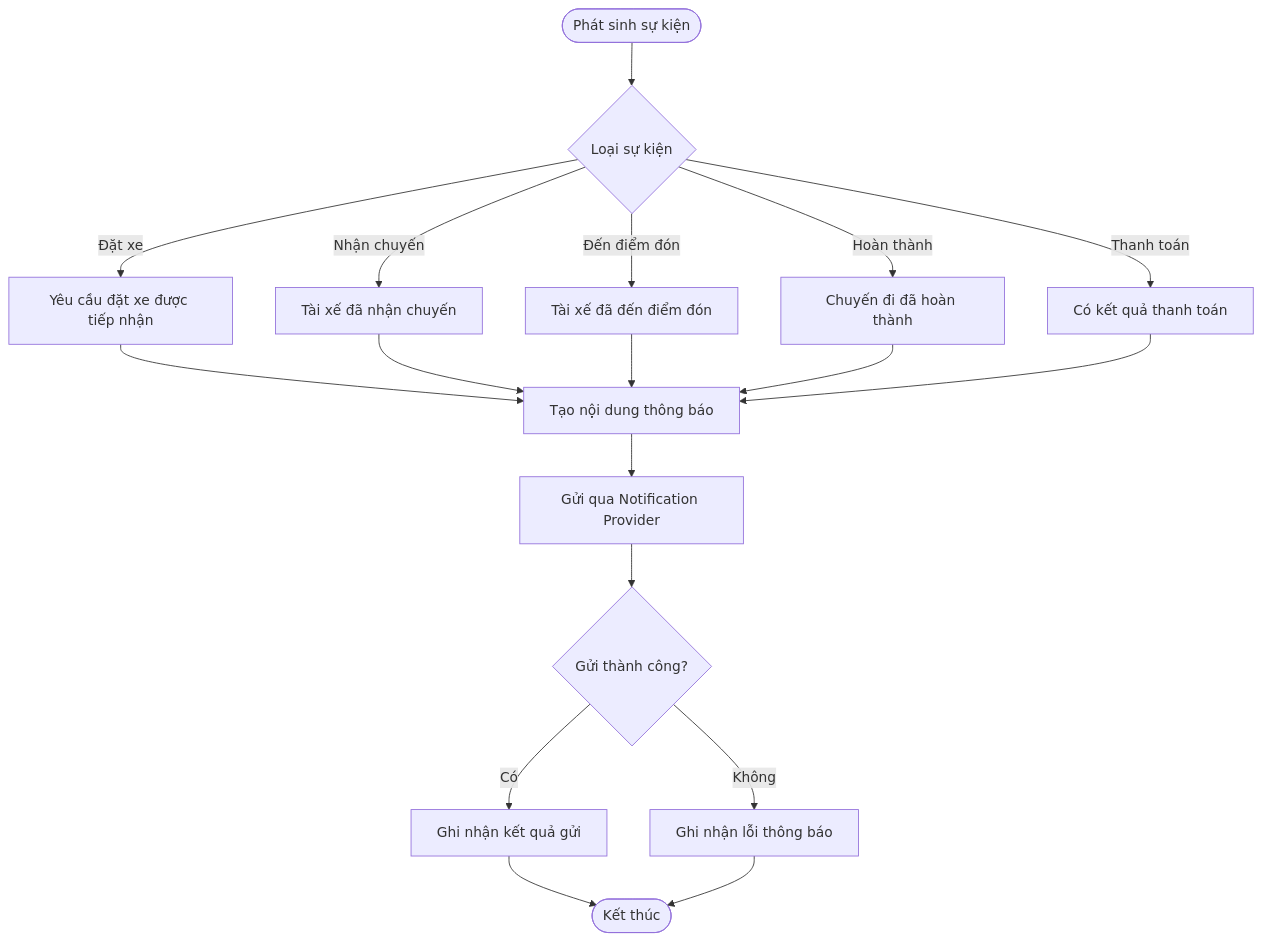
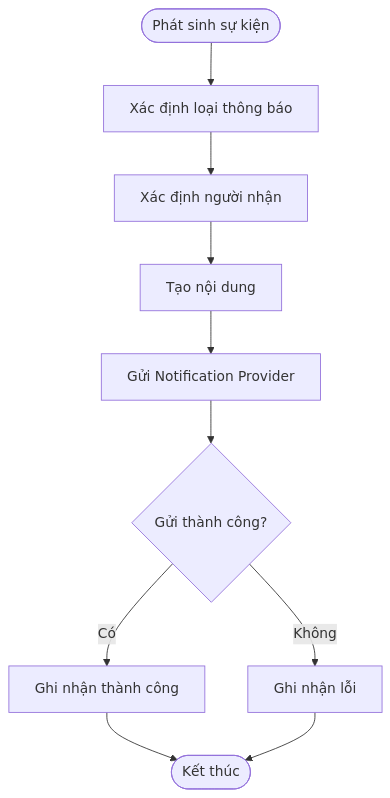
Before and after one commit to ntthuyvy0205-source/23662281_NguyenThiThuyVy_CABSYSTEM: diagram 15 of 28 in SRS.md, drawn with Mermaid. The commit also changed other lines of this file, not shown here.

````diff
--- a/SRS.md
+++ b/SRS.md
@@ -534,25 +2079,12 @@
 ```mermaid
 flowchart TD
-    A([Phát sinh sự kiện]) --> B{Loại sự kiện}
-
-    B -->|Đặt xe| C[Yêu cầu đặt xe được tiếp nhận]
-    B -->|Nhận chuyến| D[Tài xế đã nhận chuyến]
-    B -->|Đến điểm đón| E[Tài xế đã đến điểm đón]
-    B -->|Hoàn thành| F[Chuyến đi đã hoàn thành]
-    B -->|Thanh toán| G[Có kết quả thanh toán]
-
-    C --> H[Tạo nội dung thông báo]
-    D --> H
-    E --> H
-    F --> H
-    G --> H
-
-    H --> I[Gửi qua Notification Provider]
-    I --> J{Gửi thành công?}
-
-    J -- Có --> K[Ghi nhận kết quả gửi]
-    J -- Không --> L[Ghi nhận lỗi thông báo]
-
-    K --> M([Kết thúc])
-    L --> M
+    A([Phát sinh sự kiện]) --> B[Xác định loại thông báo]
+    B --> C[Xác định người nhận]
+    C --> D[Tạo nội dung]
+    D --> E[Gửi Notification Provider]
+    E --> F{Gửi thành công?}
+    F -- Có --> G[Ghi nhận thành công]
+    F -- Không --> H[Ghi nhận lỗi]
+    G --> I([Kết thúc])
+    H --> I
 ```
````
